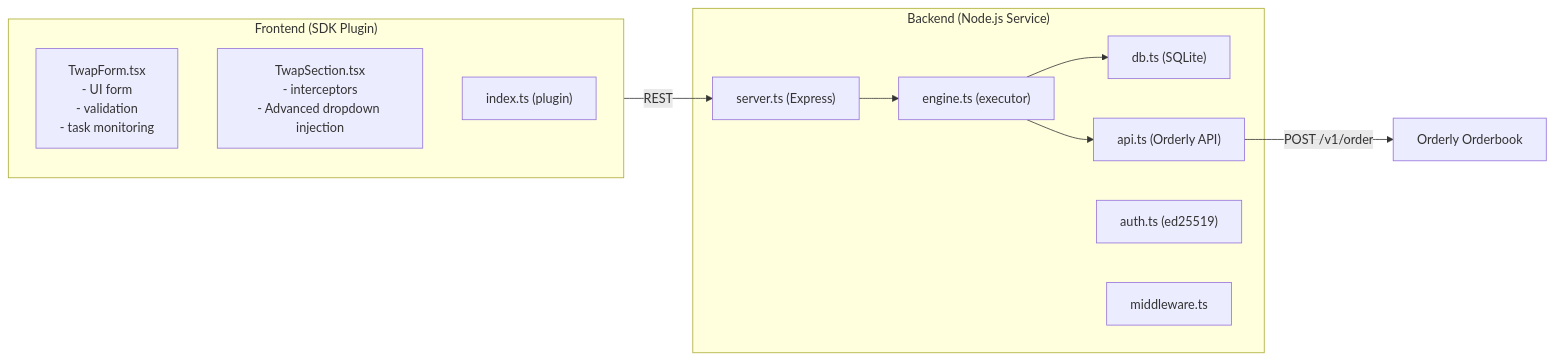
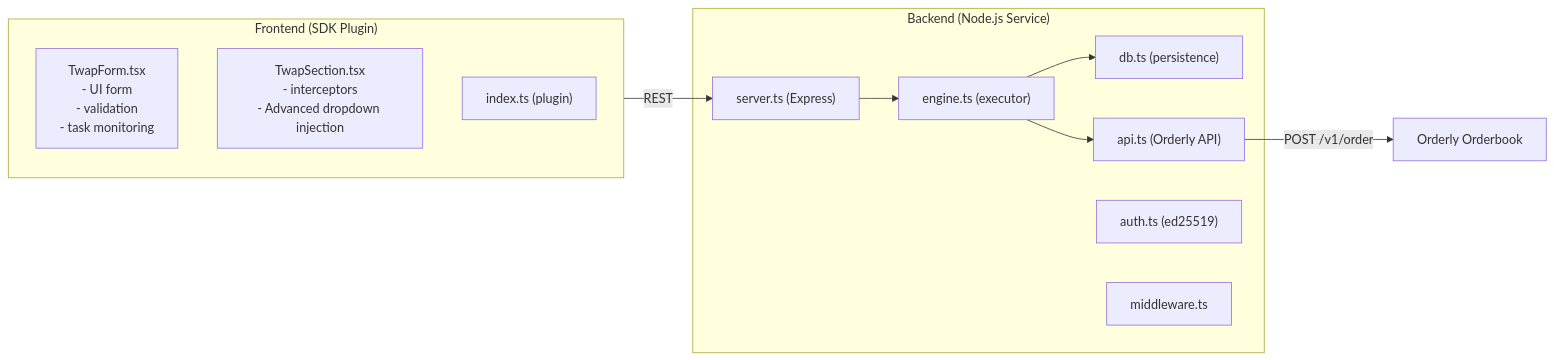
One commit to orderly-chiwei/twap-plugin changed the diagram in README.md. Above: the diagram before and after it, drawn with Mermaid. The commit also changed other lines of this file, not shown here.

Commit message:
docs: clarify demo defaults vs Orderly API values, SQLite is demo-only

````diff
--- a/README.md
+++ b/README.md
@@ -13,25 +13,25 @@
 ```mermaid
 flowchart LR
     subgraph Frontend["Frontend (SDK Plugin)"]
         TF["TwapForm.tsx\n- UI form\n- validation\n- task monitoring"]
         TS["TwapSection.tsx\n- interceptors\n- Advanced dropdown injection"]
         IX["index.ts (plugin)"]
     end
 
     subgraph Backend["Backend (Node.js Service)"]
         SV["server.ts (Express)"]
         EN["engine.ts (executor)"]
-        DB["db.ts (SQLite)"]
+        DB["db.ts (persistence)"]
         API["api.ts (Orderly API)"]
         AU["auth.ts (ed25519)"]
         MW["middleware.ts"]
     end
 
     OB["Orderly Orderbook"]
 
     Frontend -- "REST" --> SV
     SV --> EN
     EN --> API
     API -- "POST /v1/order" --> OB
     EN --> DB
 ```
````
